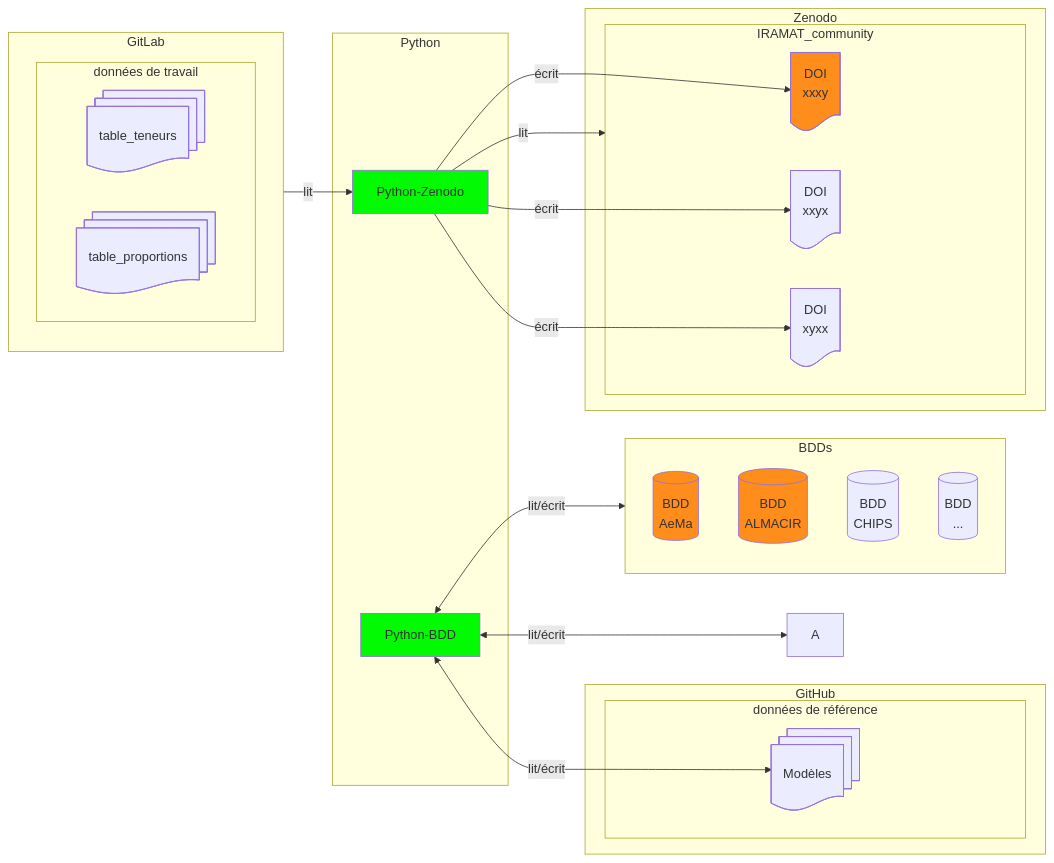
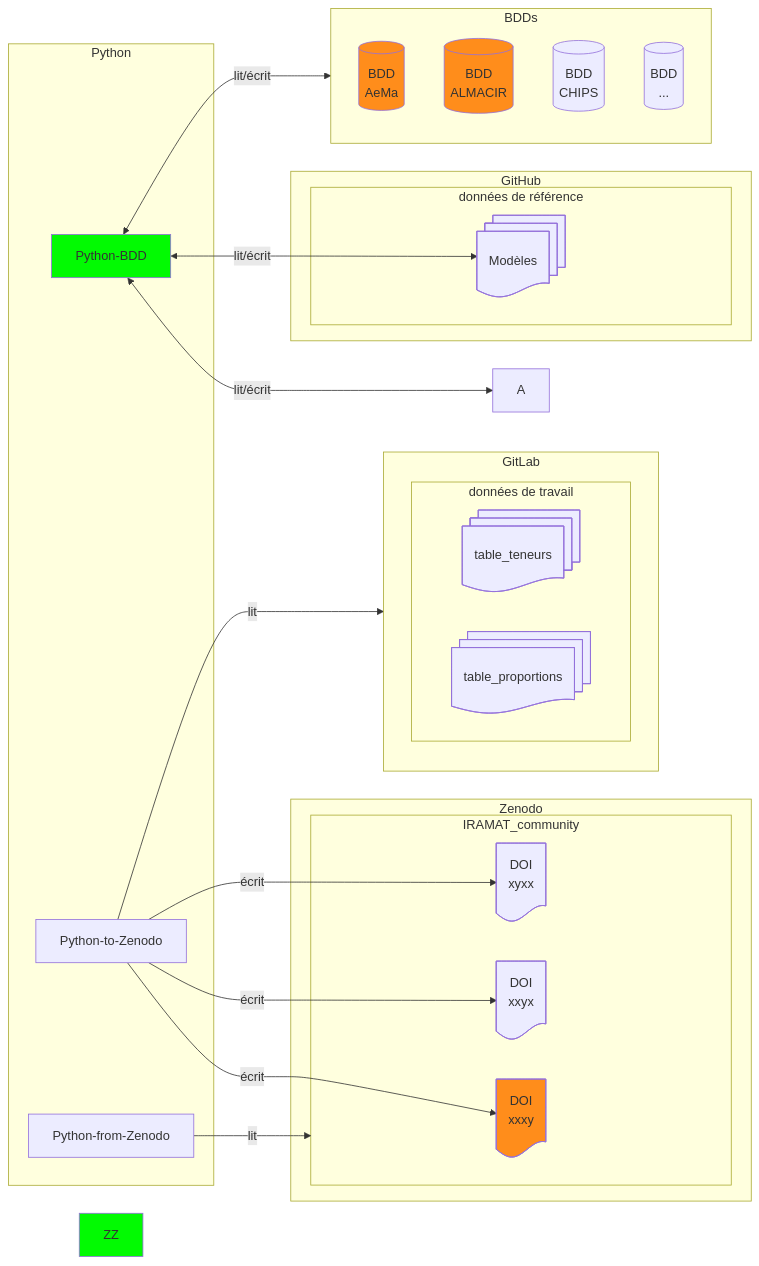
The second of 2 diagrams in dbs/README.md (iramat/iramat-dev), drawn with Mermaid before and after one commit.

````diff
--- a/dbs/README.md
+++ b/dbs/README.md
@@ -99,44 +99,45 @@
 ```mermaid
 flowchart LR
     subgraph GitLab
         subgraph données de travail
             T1@{ shape: docs, label: "table_teneurs" }
             T2@{ shape: docs, label: "table_proportions" }
         end
     end
     subgraph GitHub
         subgraph données de référence
             W@{ shape: docs, label: "Modèles" }
         end
     end
     subgraph Python
         Z@{ procs: docs, label: "Python-BDD" }
-        ZZ@{ procs: docs, label: "Python-Zenodo" }
+        P2Z@{ procs: docs, label: "Python-to-Zenodo" }
+        PfZ@{ procs: docs, label: "Python-from-Zenodo" }
     end
     subgraph BDDs
         B[(BDD<br>AeMa)]
         H[(BDD<br>ALMACIR)]
         C[(BDD<br>CHIPS)]
         D[(BDD<br>...)]
     end
     Z <-- lit/écrit --> A;
     Z <-- lit/écrit --> W;
-    GitLab -- lit --> ZZ;
+    P2Z -- lit --> GitLab;
     subgraph Zenodo
         subgraph IRAMAT_community
-            ZZ -- écrit --> E@{ shape: doc, label: "DOI<br>xxxy" }
-            ZZ -- écrit --> F@{ shape: doc, label: "DOI<br>xxyx" }
-            ZZ -- écrit --> G@{ shape: doc, label: "DOI<br>xyxx" }
+            P2Z -- écrit --> E@{ shape: doc, label: "DOI<br>xxxy" }
+            P2Z -- écrit --> F@{ shape: doc, label: "DOI<br>xxyx" }
+            P2Z -- écrit --> G@{ shape: doc, label: "DOI<br>xyxx" }
         end
     end
     Z <-- lit/écrit --> BDDs;
-    ZZ -- lit --> IRAMAT_community
+    PfZ -- lit --> IRAMAT_community
 
 
 click T1 "https://github.com/zoometh/iramat-test/blob/main/dbs/analysis_results.tsv" _blank
 style Z fill:#02fa02
 style ZZ fill:#02fa02
 style B fill:#FF8D1B
 style H fill:#FF8D1B
 style E fill:#FF8D1B
 ```
````
